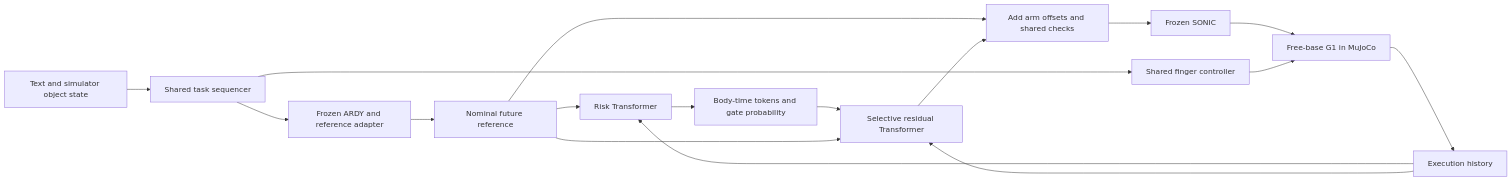
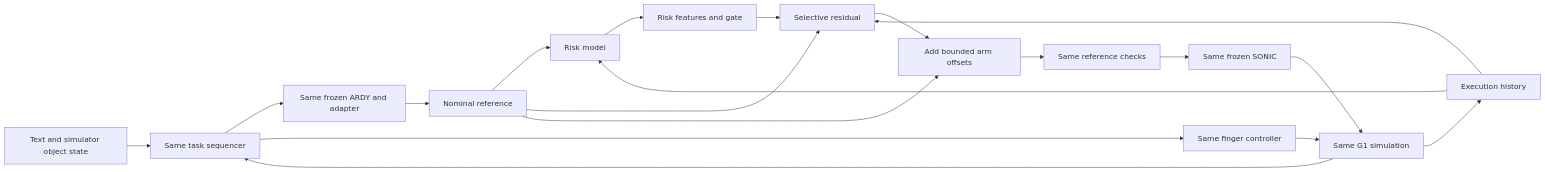
One commit to Peneplain/dl changed the second of 2 diagrams in README.md. Above: the diagram before and after it, drawn with Mermaid. The commit also changed other lines of this file and 25 other files, not shown here.

````diff
--- a/README.md
+++ b/README.md
@@ -63,19 +42,21 @@
 ```mermaid
 flowchart LR
-    T[Text and simulator object state] --> Q[Shared task sequencer]
-    Q --> A[Frozen ARDY and reference adapter]
-    A --> N[Nominal future reference]
-    N --> R[Risk Transformer]
+    T[Text and simulator object state] --> Q[Same task sequencer]
+    Q --> A[Same frozen ARDY and adapter]
+    A --> N[Nominal reference]
+    N --> R[Risk model]
     O[Execution history] --> R
-    R --> Z[Body-time tokens and gate probability]
-    Z --> D[Selective residual Transformer]
+    R --> Z[Risk features and gate]
+    Z --> D[Selective residual]
     O --> D
     N --> D
-    N --> C[Add arm offsets and shared checks]
-    D --> C
-    C --> S[Frozen SONIC]
-    S --> G[Free-base G1 in MuJoCo]
-    Q --> H[Shared finger controller]
+    D --> X[Add bounded arm offsets]
+    N --> X
+    X --> C[Same reference checks]
+    C --> S[Same frozen SONIC]
+    S --> G[Same G1 simulation]
+    Q --> H[Same finger controller]
     H --> G
     G --> O
+    G --> Q
 ```
````
